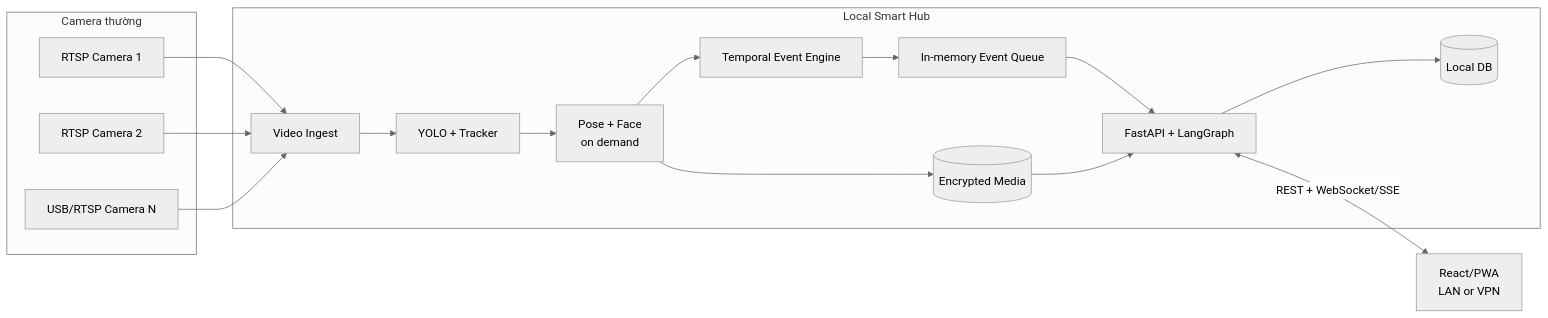
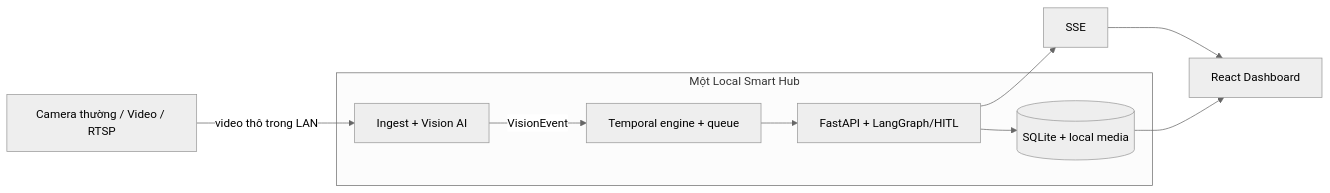
The diagram in docs/architecture_diagram.md (daoquocdai/P227), drawn with Mermaid (neutral theme) before and after one commit. The commit also changed other lines of this file and 64 other files, not shown here.

Commit message:
docs: align project documentation with single-hub architecture

````diff
--- a/docs/architecture_diagram.md
+++ b/docs/architecture_diagram.md
@@ -3,31 +5,15 @@
 ```mermaid
 flowchart LR
-    subgraph CAM[Camera thường]
-        C1[RTSP Camera 1]
-        C2[RTSP Camera 2]
-        C3[USB/RTSP Camera N]
+    C[Camera thường / Video / RTSP]
+    subgraph H[Một Local Smart Hub]
+        V[Ingest + Vision AI]
+        Q[Temporal engine + queue]
+        B[FastAPI + LangGraph/HITL]
+        D[(SQLite + local media)]
+        V -->|VisionEvent| Q --> B --> D
     end
-
-    subgraph HUB[Local Smart Hub]
-        ING[Video Ingest]
-        VIS[YOLO + Tracker]
-        AUX[Pose + Face<br/>on demand]
-        EVT[Temporal Event Engine]
-        Q[In-memory Event Queue]
-        BE[FastAPI + LangGraph]
-        DB[(Local DB)]
-        FS[(Encrypted Media)]
-    end
-
-    UI[React/PWA<br/>LAN or VPN]
-
-    C1 --> ING
-    C2 --> ING
-    C3 --> ING
-    ING --> VIS --> AUX --> EVT
-    EVT --> Q --> BE
-    AUX --> FS
-    BE --> DB
-    FS --> BE
-    BE <-->|REST + WebSocket/SSE| UI
+    C -->|video thô trong LAN| V
+    B --> R[SSE]
+    R --> U[React Dashboard]
+    D --> U
 ```
````
